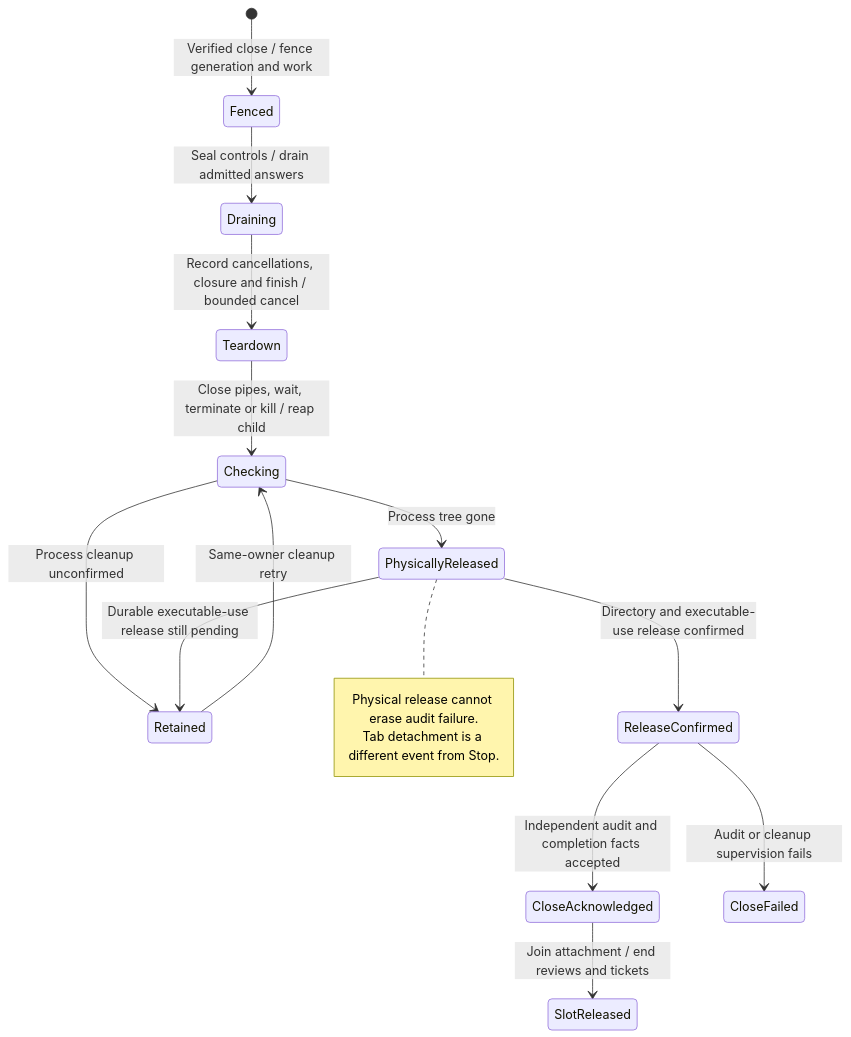
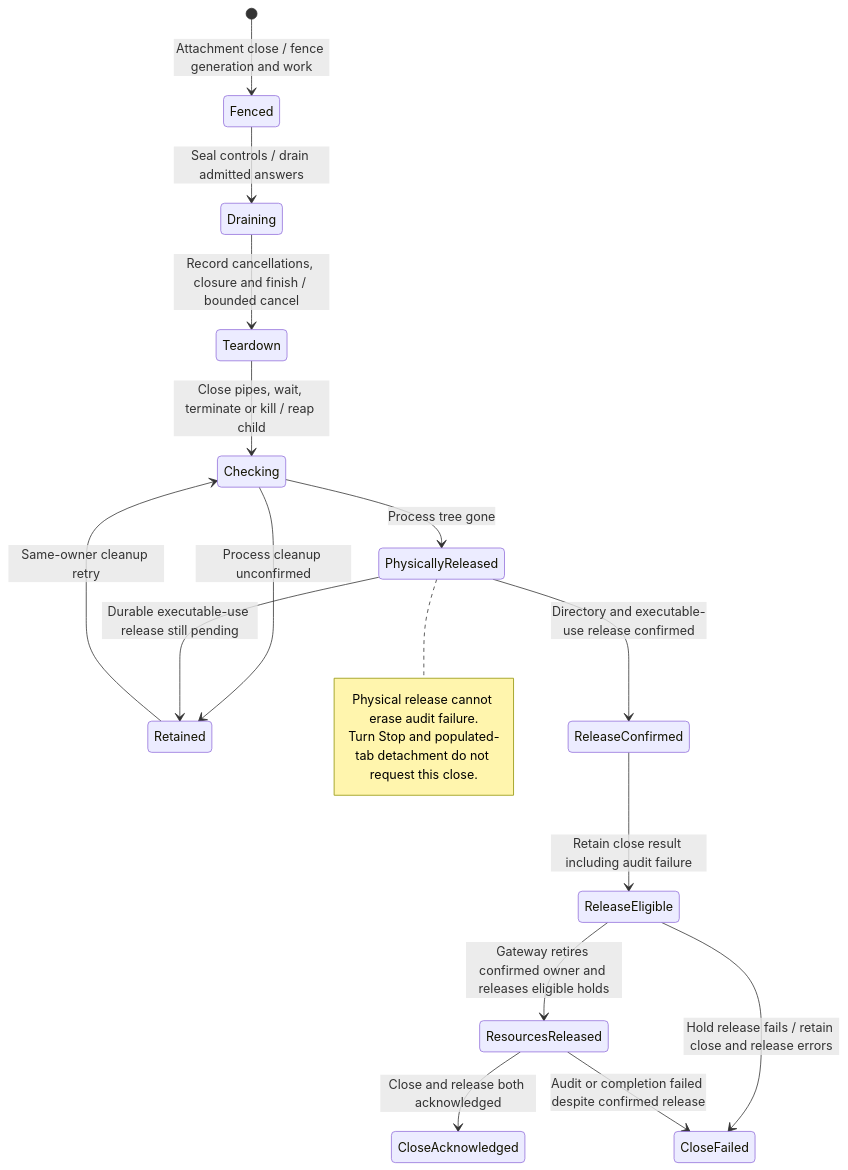
The first of 2 diagrams in docs/state/services/sdk/runtime/stop-cancels-owned-work-and-confirms-process-cleanup.md (nessalabs/nessa-agent), drawn with Mermaid before and after one commit. The commit also changed other lines of this file and 16 other files, not shown here.

Commit message:
docs: reconcile state diagrams with current main lifecycles

````diff
--- a/docs/state/services/sdk/runtime/stop-cancels-owned-work-and-confirms-process-cleanup.md
+++ b/docs/state/services/sdk/runtime/stop-cancels-owned-work-and-confirms-process-cleanup.md
@@ -41,19 +43,21 @@
 ```mermaid
 stateDiagram-v2
-    [*] --> Fenced: Verified close / fence generation and work
+    [*] --> Fenced: Attachment close / fence generation and work
     Fenced --> Draining: Seal controls / drain admitted answers
     Draining --> Teardown: Record cancellations, closure and finish / bounded cancel
     Teardown --> Checking: Close pipes, wait, terminate or kill / reap child
     Checking --> Retained: Process cleanup unconfirmed
     Retained --> Checking: Same-owner cleanup retry
     Checking --> PhysicallyReleased: Process tree gone
     PhysicallyReleased --> Retained: Durable executable-use release still pending
     PhysicallyReleased --> ReleaseConfirmed: Directory and executable-use release confirmed
-    ReleaseConfirmed --> CloseAcknowledged: Independent audit and completion facts accepted
-    ReleaseConfirmed --> CloseFailed: Audit or cleanup supervision fails
-    CloseAcknowledged --> SlotReleased: Join attachment / end reviews and tickets
+    ReleaseConfirmed --> ReleaseEligible: Retain close result including audit failure
+    ReleaseEligible --> ResourcesReleased: Gateway retires confirmed owner and releases eligible holds
+    ReleaseEligible --> CloseFailed: Hold release fails / retain close and release errors
+    ResourcesReleased --> CloseAcknowledged: Close and release both acknowledged
+    ResourcesReleased --> CloseFailed: Audit or completion failed despite confirmed release
     note right of PhysicallyReleased
         Physical release cannot erase audit failure.
-        Tab detachment is a different event from Stop.
+        Turn Stop and populated-tab detachment do not request this close.
     end note
 ```
````
